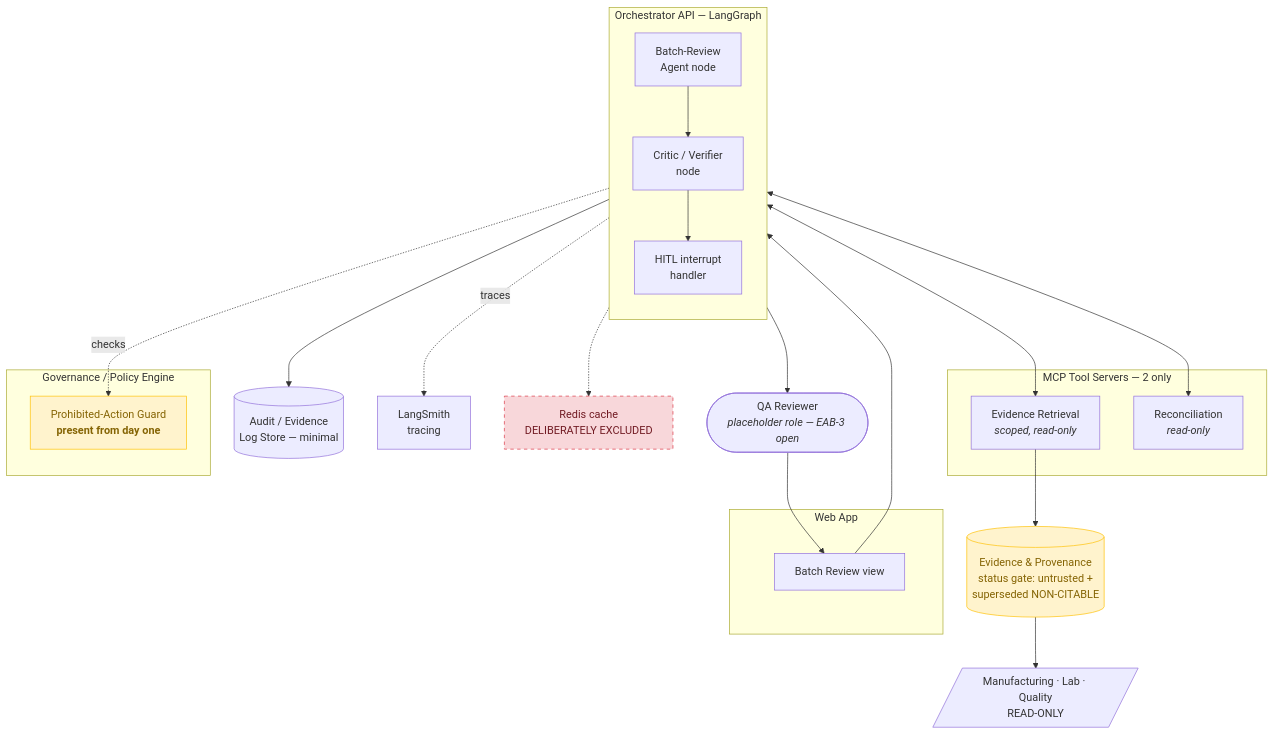
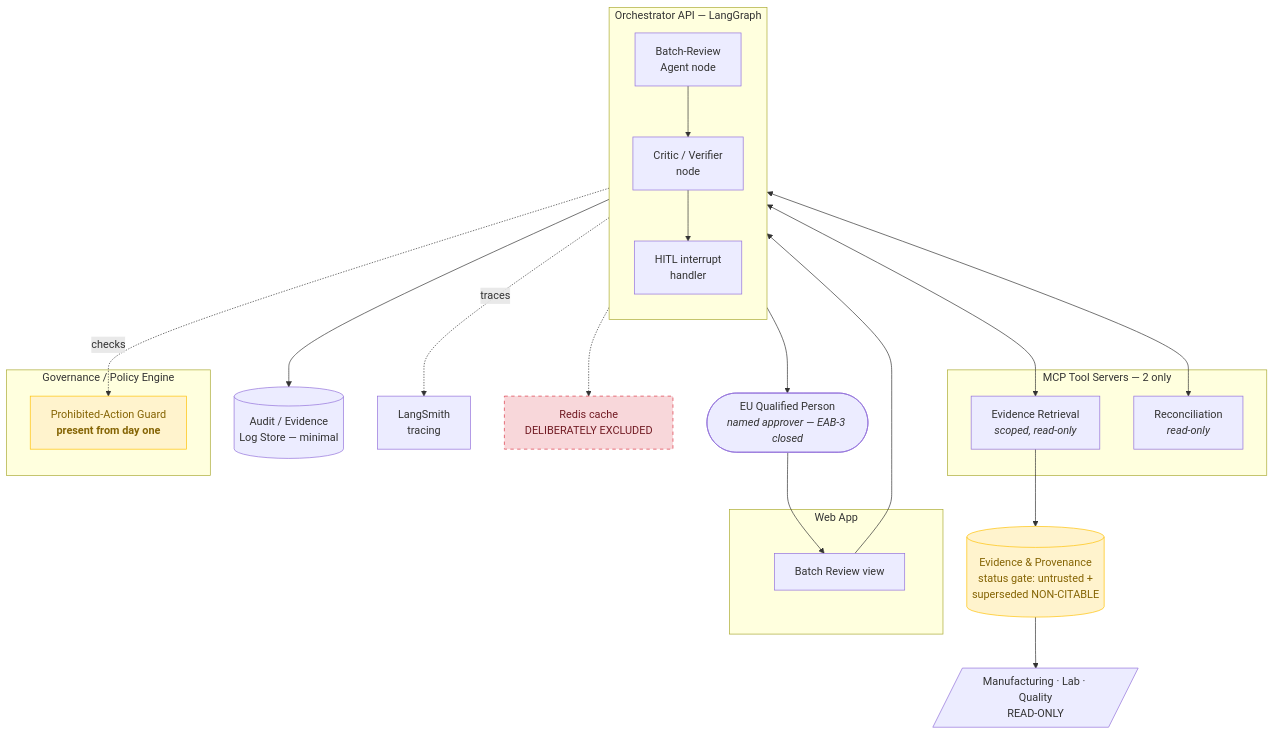
The first of 2 diagrams in docs/architecture/graphical/interim_state.md (VenkataDineshPuranam/Team3_AEGIS_Pharma_Capstone_AgenticV2), drawn with Mermaid before and after one commit. The commit also changed 26 other files, not shown here.

````diff
--- a/docs/architecture/graphical/interim_state.md
+++ b/docs/architecture/graphical/interim_state.md
@@ -8,48 +8,48 @@
 ```mermaid
 flowchart TB
-    User(["QA Reviewer<br/><i>placeholder role — EAB-3 open</i>"])
+    User(["EU Qualified Person<br/><i>named approver — EAB-3 closed</i>"])
 
     subgraph app["Web App"]
         UI["Batch Review view"]
     end
 
     subgraph orch["Orchestrator API — LangGraph"]
         direction TB
         BA["Batch-Review<br/>Agent node"]
         CV["Critic / Verifier<br/>node"]
         HITL["HITL interrupt<br/>handler"]
         BA --> CV --> HITL
     end
 
     subgraph tools["MCP Tool Servers — 2 only"]
         T1["Evidence Retrieval<br/><i>scoped, read-only</i>"]
         T2["Reconciliation<br/><i>read-only</i>"]
     end
 
     subgraph gov["Governance / Policy Engine"]
         PAG["Prohibited-Action Guard<br/><b>present from day one</b>"]
     end
 
     EP[("Evidence & Provenance<br/>status gate: untrusted +<br/>superseded NON-CITABLE")]
     AUD[("Audit / Evidence<br/>Log Store — minimal")]
     LS["LangSmith<br/>tracing"]
     SRC[/"Manufacturing · Lab · Quality<br/>READ-ONLY"/]
 
     User --> UI --> BA
     BA <--> T1
     BA <--> T2
     T1 --> EP
     EP --> SRC
     CV -.checks.-> PAG
     HITL --> User
     orch -.traces.-> LS
     orch --> AUD
 
     NOCACHE["Redis cache<br/>DELIBERATELY EXCLUDED"]
     orch -.-> NOCACHE
 
     classDef excluded fill:#f8d7da,stroke:#dc3545,stroke-dasharray: 5 5,color:#721c24
     classDef guard fill:#fff3cd,stroke:#ffc107,color:#856404
     class NOCACHE excluded
     class PAG,EP guard
 ```
````
